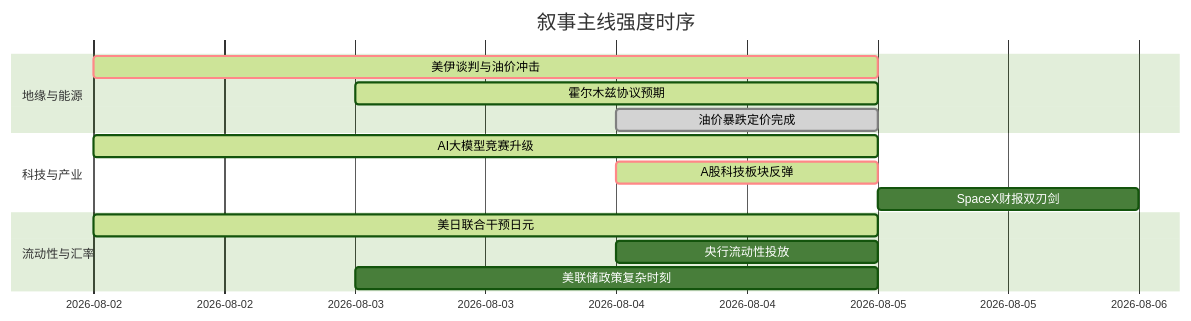
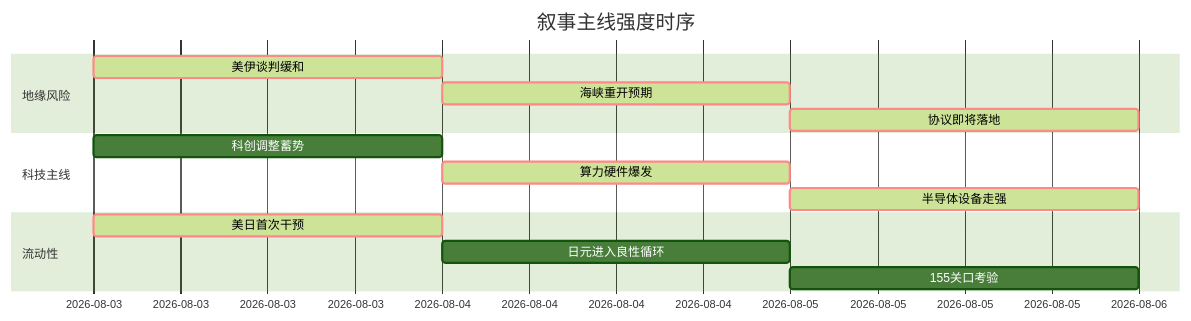
The diagram in 5day_report.md (uu5zn/uu5zn.github.io), drawn with Mermaid (forest theme) before and after one commit. The commit also changed other lines of this file and 24 other files, not shown here.

````diff
--- a/5day_report.md
+++ b/5day_report.md
@@ -58,19 +61,19 @@
 ```mermaid
 gantt
     title 叙事主线强度时序
-    dateFormat YYYY-MM-DD
-    section 地缘与能源
-    美伊谈判与油价冲击   :crit, active, 2026-08-02, 3d
-    霍尔木兹协议预期     :active, 2026-08-03, 2d
-    油价暴跌定价完成     :done, 2026-08-04, 1d
+    dateFormat  YYYY-MM-DD
+    section 地缘风险
+    美伊谈判缓和   :crit, active, 2026-08-03, 1d
+    海峡重开预期   :crit, active, 2026-08-04, 1d
+    协议即将落地   :crit, active, 2026-08-05, 1d
     
-    section 科技与产业
-    AI大模型竞赛升级     :active, 2026-08-02, 3d
-    A股科技板块反弹     :crit, active, 2026-08-04, 1d
-    SpaceX财报双刃剑    :2026-08-05, 1d
+    section 科技主线
+    科创调整蓄势   :2026-08-03, 1d
+    算力硬件爆发   :crit, active, 2026-08-04, 1d
+    半导体设备走强 :crit, active, 2026-08-05, 1d
     
-    section 流动性与汇率
-    美日联合干预日元     :active, 2026-08-02, 3d
-    央行流动性投放       :2026-08-04, 1d
-    美联储政策复杂时刻   :2026-08-03, 2d
+    section 流动性
+    美日首次干预   :crit, active, 2026-08-03, 1d
+    日元进入良性循环 :2026-08-04, 1d
+    155关口考验   :2026-08-05, 1d
 ```
````
